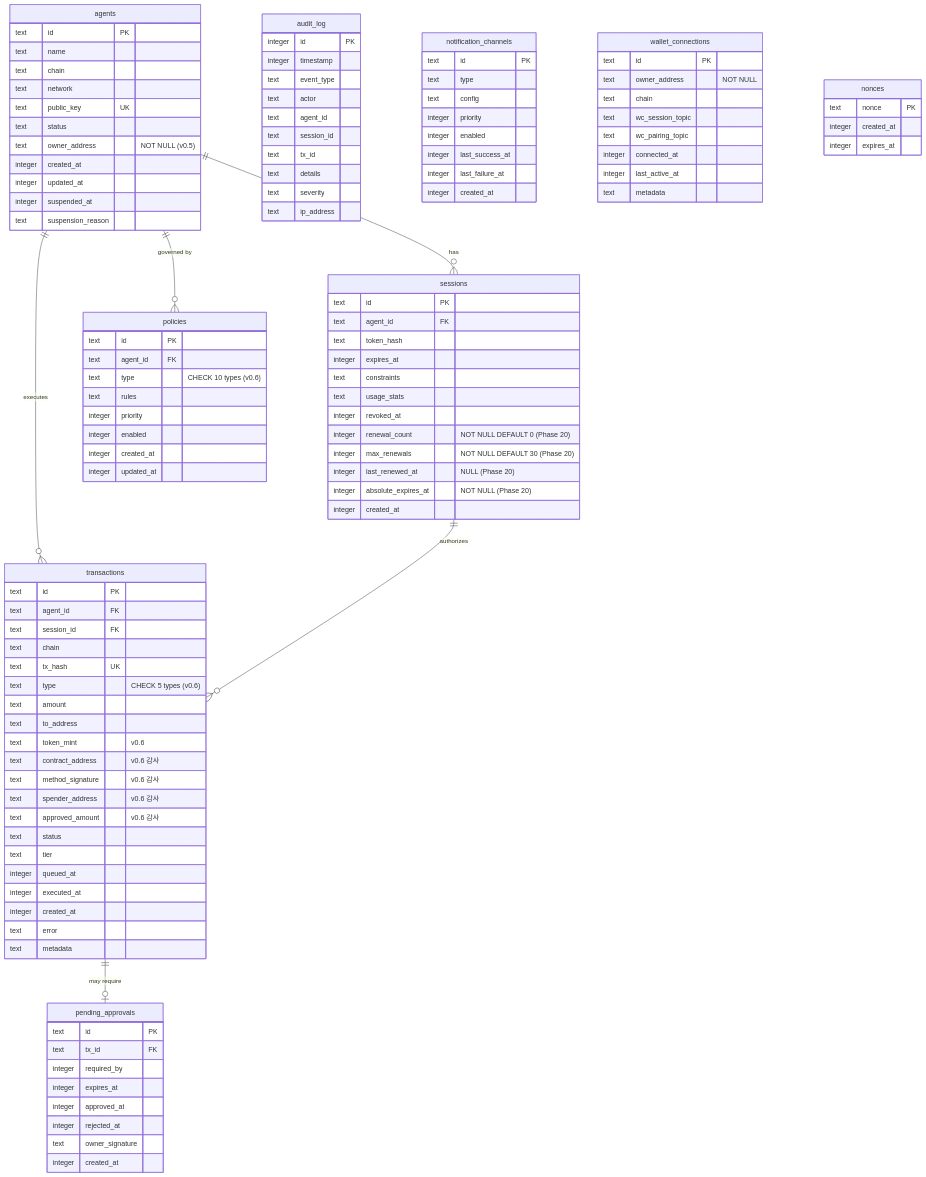
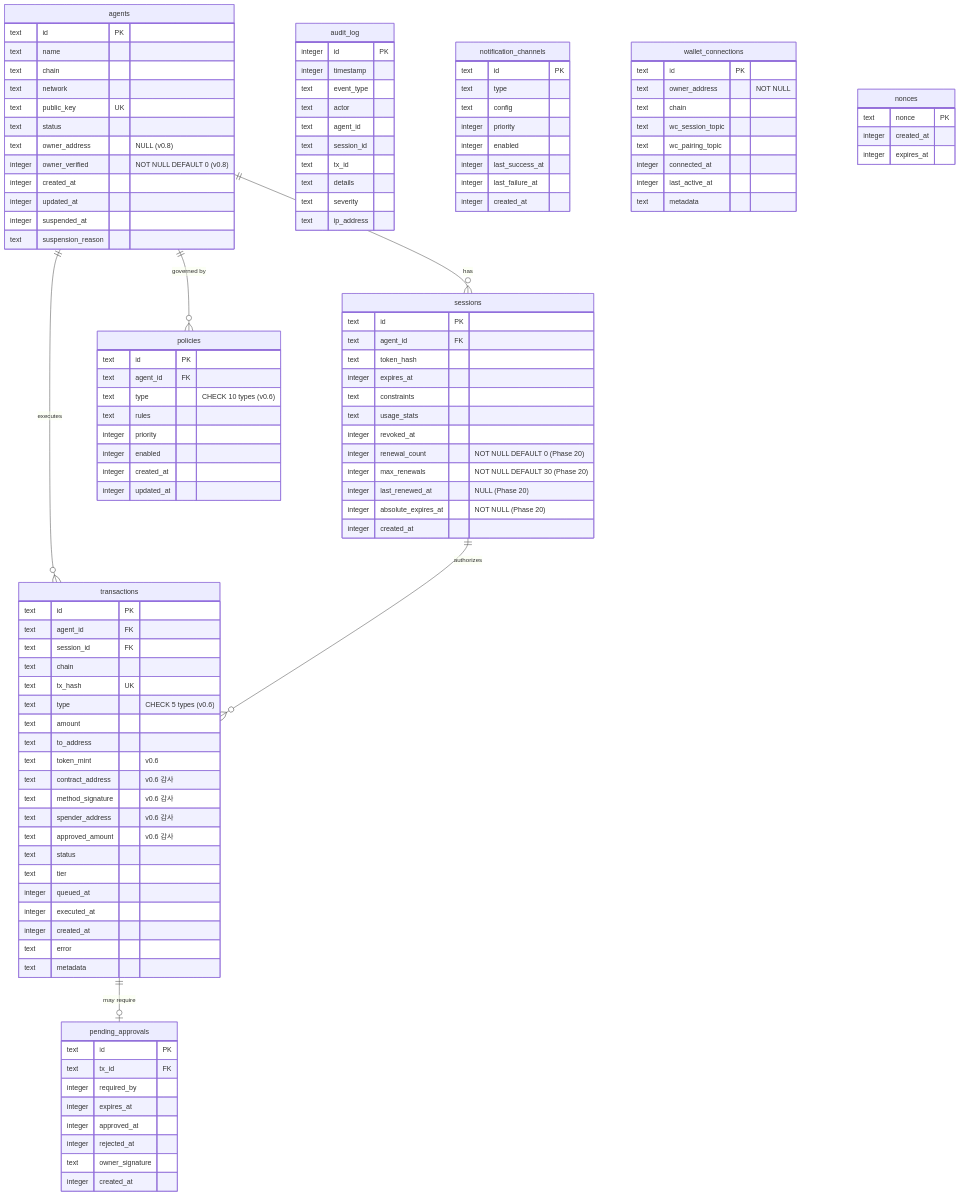
One commit to minhoyoo-iotrust/WAIaaS changed the diagram in .planning/deliverables/25-sqlite-schema.md. Above: the diagram before and after it, drawn with Mermaid. The commit also changed other lines of this file, not shown here.

First line of the commit message:
docs(31-01): agents 스키마 v0.8 변경 + OwnerState/SweepResult 타입 정의

```diff
--- a/.planning/deliverables/25-sqlite-schema.md
+++ b/.planning/deliverables/25-sqlite-schema.md
@@ -973,7 +981,8 @@
         text network
         text public_key UK
         text status
-        text owner_address "NOT NULL (v0.5)"
+        text owner_address "NULL (v0.8)"
+        integer owner_verified "NOT NULL DEFAULT 0 (v0.8)"
         integer created_at
         integer updated_at
         integer suspended_at
```
